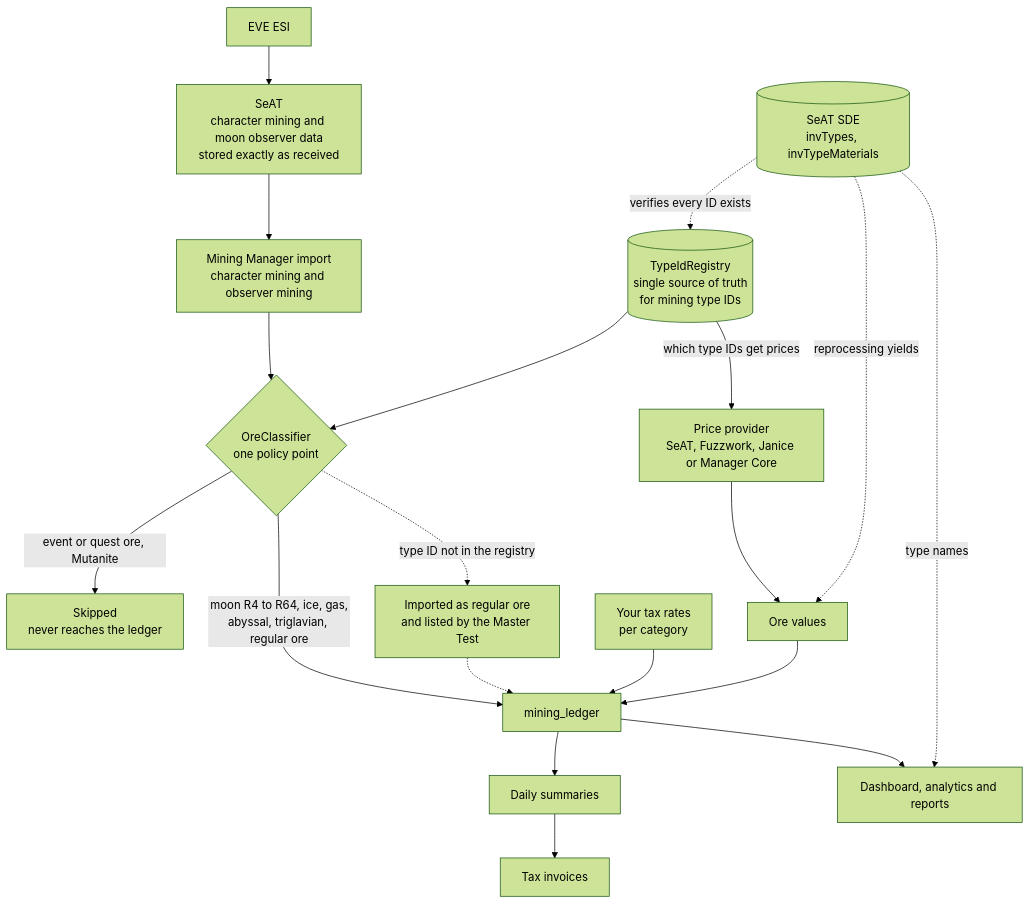
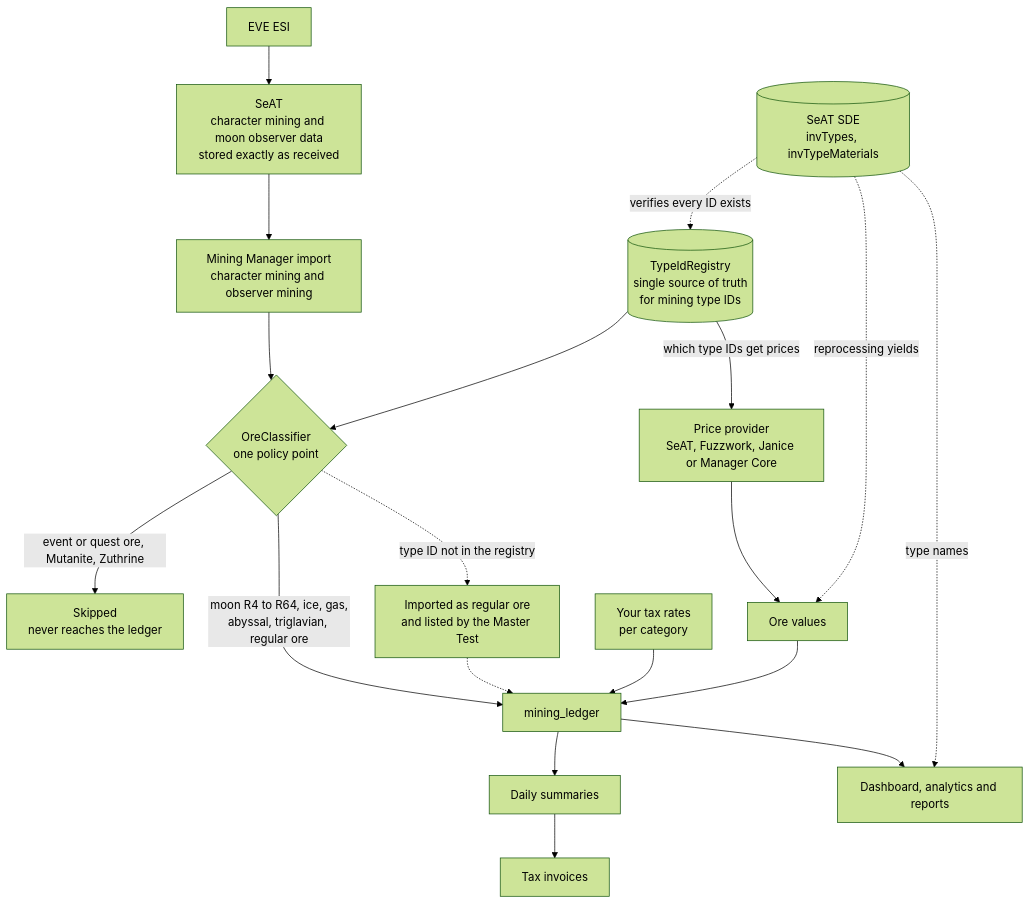
The diagram in README.md (MattFalahe/Mining-Manager), drawn with Mermaid (forest theme) before and after one commit. The commit also changed other lines of this file and 170 other files, not shown here.

````diff
--- a/README.md
+++ b/README.md
@@ -132,20 +141,20 @@
 ```mermaid
 flowchart TD
     ESI["EVE ESI"] --> SEAT["SeAT<br/>character mining and moon observer data<br/>stored exactly as received"]
     SEAT --> IMPORT["Mining Manager import<br/>character mining and observer mining"]
     IMPORT --> CLASSIFIER{"OreClassifier<br/>one policy point"}
     REGISTRY[("TypeIdRegistry<br/>single source of truth<br/>for mining type IDs")] --> CLASSIFIER
     SDE[("SeAT SDE<br/>invTypes, invTypeMaterials")] -.->|"verifies every ID exists"| REGISTRY
-    CLASSIFIER -->|"event or quest ore, Mutanite"| SKIP["Skipped<br/>never reaches the ledger"]
+    CLASSIFIER -->|"event or quest ore, Mutanite, Zuthrine"| SKIP["Skipped<br/>never reaches the ledger"]
     CLASSIFIER -->|"moon R4 to R64, ice, gas,<br/>abyssal, triglavian, regular ore"| LEDGER["mining_ledger"]
     CLASSIFIER -.->|"type ID not in the registry"| UNKNOWN["Imported as regular ore<br/>and listed by the Master Test"]
     UNKNOWN -.-> LEDGER
     RATES["Your tax rates<br/>per category"] --> LEDGER
     REGISTRY -->|"which type IDs get prices"| PRICES["Price provider<br/>SeAT, Fuzzwork, Janice or Manager Core"]
     PRICES --> VALUES["Ore values"]
     SDE -.->|"reprocessing yields"| VALUES
     VALUES --> LEDGER
     LEDGER --> SUMMARIES["Daily summaries"] --> INVOICES["Tax invoices"]
     LEDGER --> CHARTS["Dashboard, analytics and reports"]
     SDE -.->|"type names"| CHARTS
 ```
````
